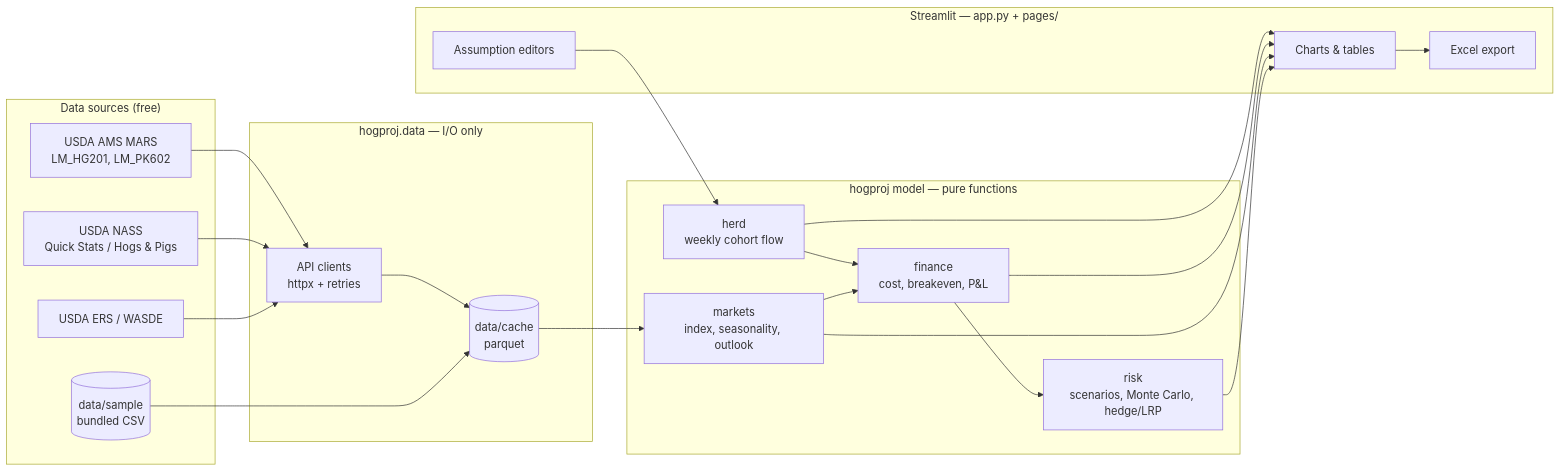
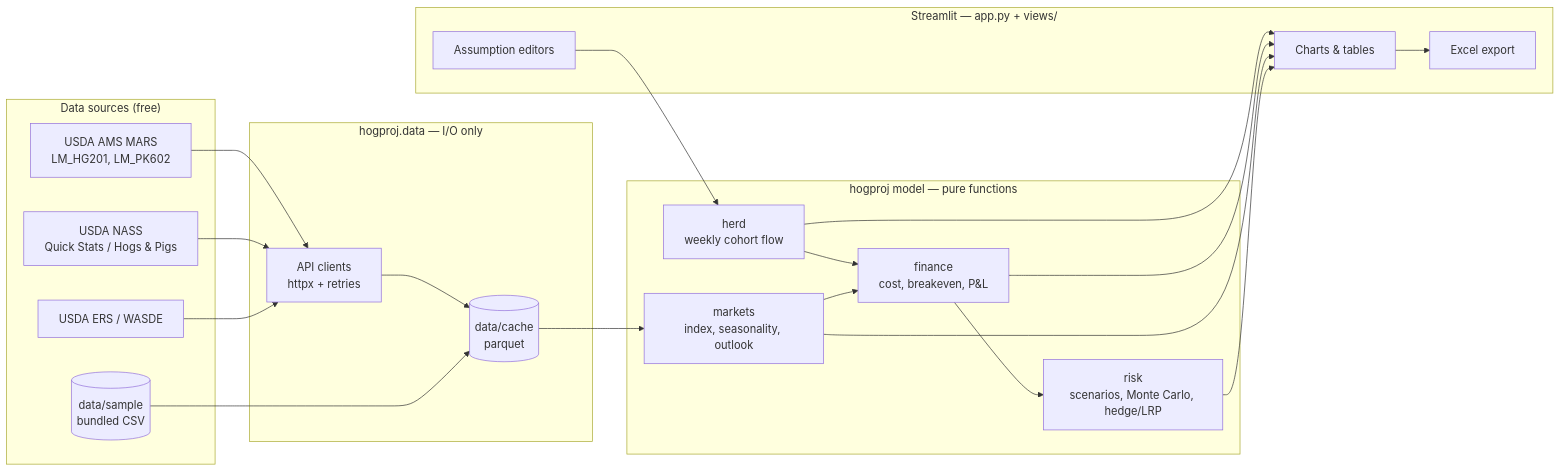
One commit to CalebSmit/HogProjections- changed the diagram in docs/ARCHITECTURE.md. Above: the diagram before and after it, drawn with Mermaid. The commit also changed other lines of this file and 13 other files, not shown here.

First line of the commit message:
feat: herd-flow model and costs & returns pages (Phases 2-3)

````diff
--- a/docs/ARCHITECTURE.md
+++ b/docs/ARCHITECTURE.md
@@ -11,30 +11,30 @@
 ```mermaid
 flowchart LR
     subgraph Sources["Data sources (free)"]
         AMS[USDA AMS MARS<br/>LM_HG201, LM_PK602]
         NASS[USDA NASS<br/>Quick Stats / Hogs & Pigs]
         ERS[USDA ERS / WASDE]
         SAMPLE[(data/sample<br/>bundled CSV)]
     end
     subgraph Data["hogproj.data — I/O only"]
         CLIENTS[API clients<br/>httpx + retries]
         CACHE[(data/cache<br/>parquet)]
     end
     subgraph Model["hogproj model — pure functions"]
         HERD[herd<br/>weekly cohort flow]
         FIN[finance<br/>cost, breakeven, P&L]
         MKT[markets<br/>index, seasonality, outlook]
         RISK[risk<br/>scenarios, Monte Carlo, hedge/LRP]
     end
-    subgraph UI["Streamlit — app.py + pages/"]
+    subgraph UI["Streamlit — app.py + views/"]
         INPUTS[Assumption editors]
         VIEWS[Charts & tables]
         EXPORT[Excel export]
     end
     AMS & NASS & ERS --> CLIENTS --> CACHE
     SAMPLE --> CACHE
     CACHE --> MKT
     INPUTS --> HERD --> FIN
     MKT --> FIN --> RISK
     HERD & FIN & MKT & RISK --> VIEWS --> EXPORT
 ```
````
